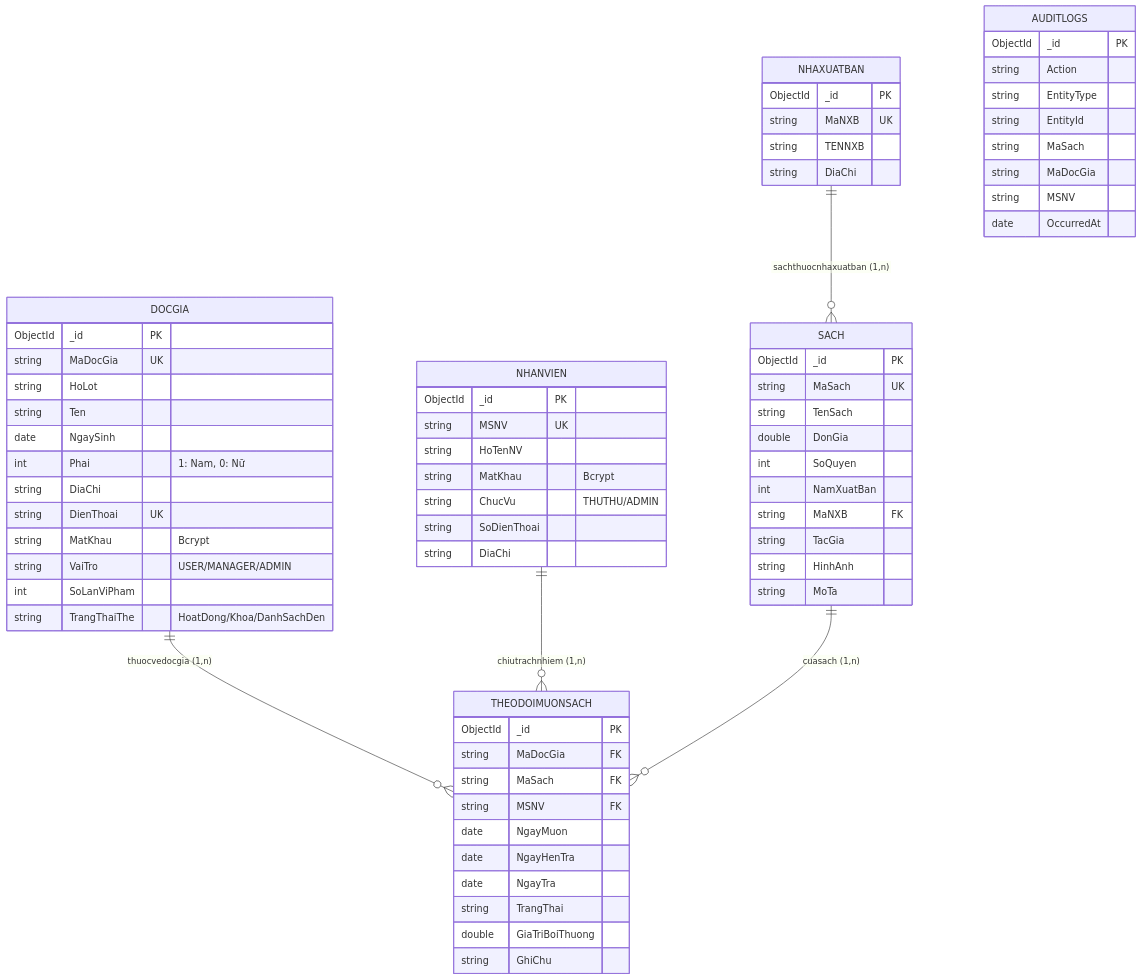
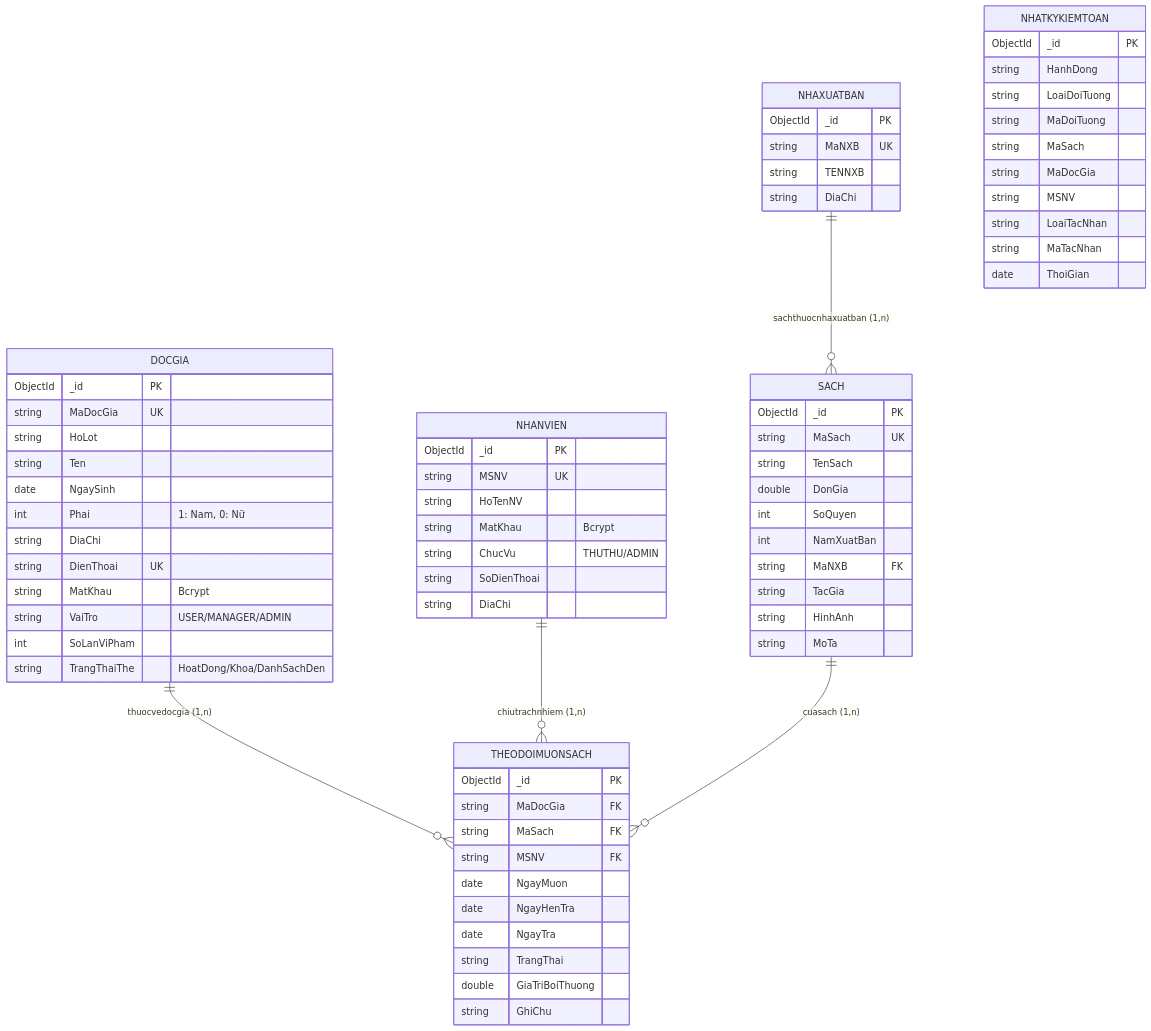
The diagram in docs/02_DATABASE.md (TranAnhVu2005/B2306603_Tran_Anh_Vu_Manage_Book_At_Library), drawn with Mermaid before and after one commit. The commit also changed other lines of this file and 50 other files, not shown here.

````diff
--- a/docs/02_DATABASE.md
+++ b/docs/02_DATABASE.md
@@ -155,76 +176,78 @@
 ```mermaid
 erDiagram
     DOCGIA ||--o{ THEODOIMUONSACH : "thuocvedocgia (1,n)"
     NHANVIEN ||--o{ THEODOIMUONSACH : "chiutrachnhiem (1,n)"
     SACH ||--o{ THEODOIMUONSACH : "cuasach (1,n)"
     NHAXUATBAN ||--o{ SACH : "sachthuocnhaxuatban (1,n)"
 
     DOCGIA {
         ObjectId _id PK
         string MaDocGia UK
         string HoLot
         string Ten
         date NgaySinh
         int Phai "1: Nam, 0: Nữ"
         string DiaChi
         string DienThoai UK
         string MatKhau "Bcrypt"
         string VaiTro "USER/MANAGER/ADMIN"
         int SoLanViPham
         string TrangThaiThe "HoatDong/Khoa/DanhSachDen"
     }
 
     NHANVIEN {
         ObjectId _id PK
         string MSNV UK
         string HoTenNV
         string MatKhau "Bcrypt"
         string ChucVu "THUTHU/ADMIN"
         string SoDienThoai
         string DiaChi
     }
 
     SACH {
         ObjectId _id PK
         string MaSach UK
         string TenSach
         double DonGia
         int SoQuyen
         int NamXuatBan
         string MaNXB FK
         string TacGia
         string HinhAnh
         string MoTa
     }
 
     NHAXUATBAN {
         ObjectId _id PK
         string MaNXB UK
         string TENNXB
         string DiaChi
     }
 
     THEODOIMUONSACH {
         ObjectId _id PK
         string MaDocGia FK
         string MaSach FK
         string MSNV FK
         date NgayMuon
         date NgayHenTra
         date NgayTra
         string TrangThai
         double GiaTriBoiThuong
         string GhiChu
     }
 
-    AUDITLOGS {
+    NHATKYKIEMTOAN {
         ObjectId _id PK
-        string Action
-        string EntityType
-        string EntityId
+        string HanhDong
+        string LoaiDoiTuong
+        string MaDoiTuong
         string MaSach
         string MaDocGia
         string MSNV
-        date OccurredAt
+        string LoaiTacNhan
+        string MaTacNhan
+        date ThoiGian
     }
 ```
````
